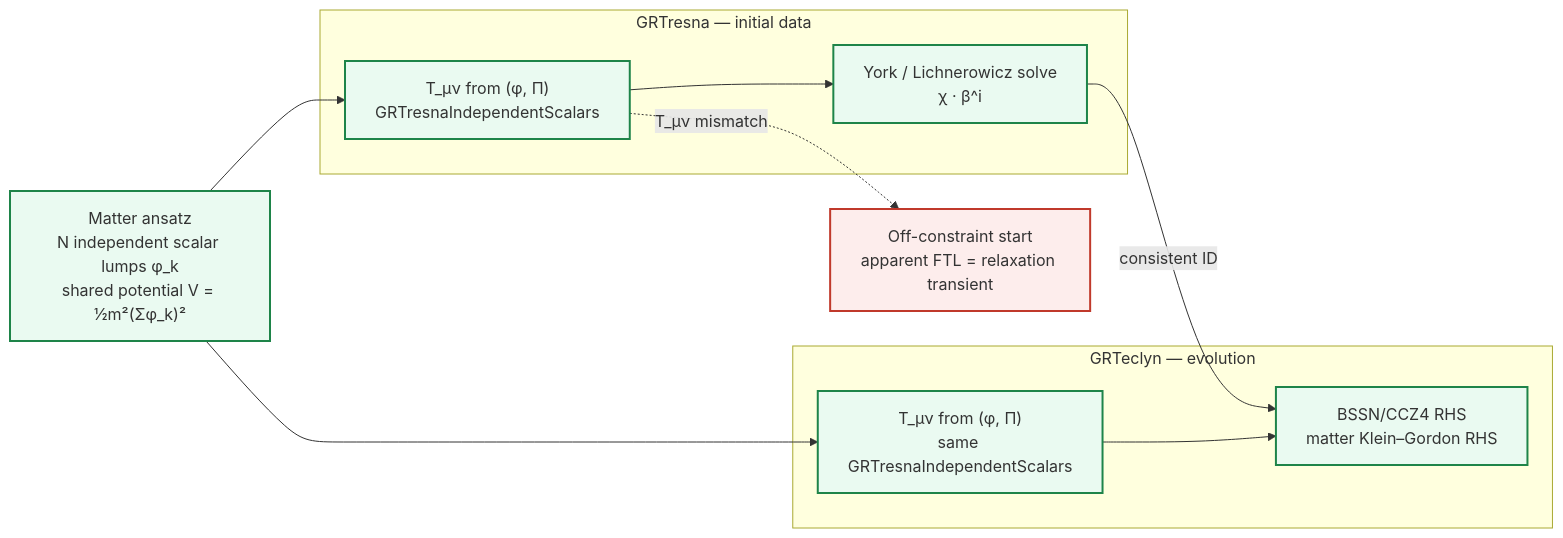
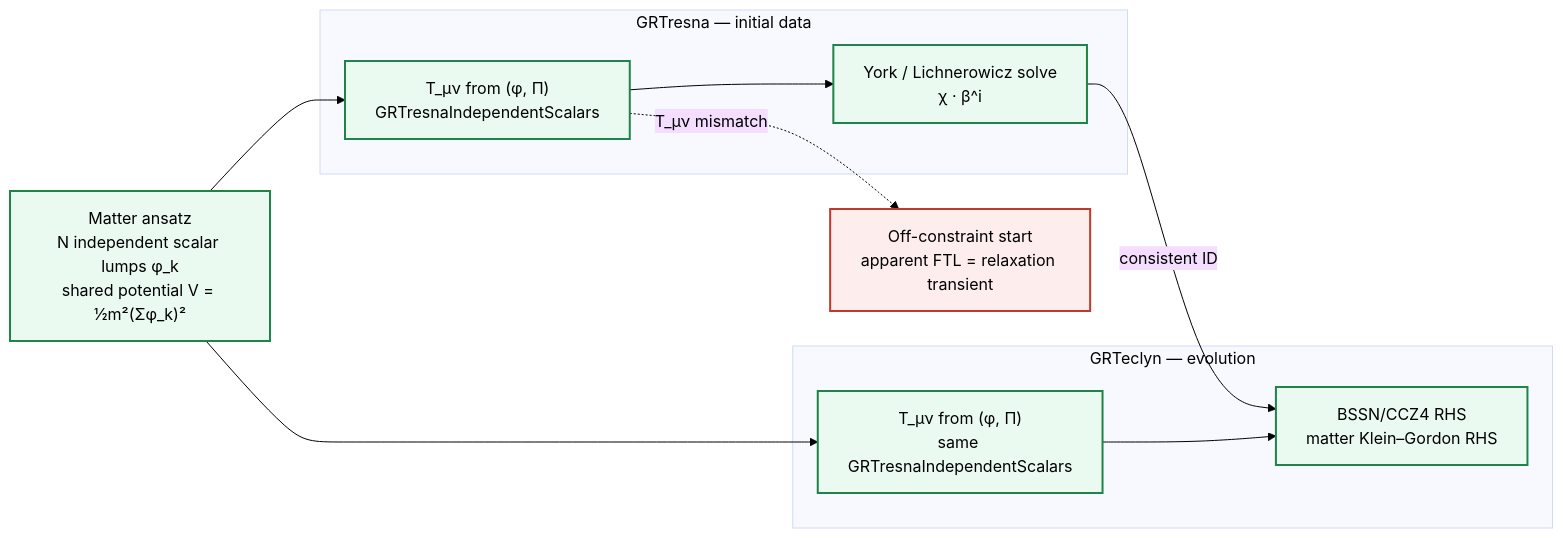
The sixth of 6 diagrams in research/neuralspacetime/MapElites.md (Nikchik-coder/GRTeclyn), drawn with Mermaid before and after one commit. The commit also changed other lines of this file, not shown here.

Commit message:
fix: diagrams

````diff
--- a/research/neuralspacetime/MapElites.md
+++ b/research/neuralspacetime/MapElites.md
@@ -288,26 +293,27 @@
 ```mermaid
+%%{init: {'theme':'base', 'themeVariables': {'primaryTextColor':'#000','secondaryTextColor':'#000','tertiaryTextColor':'#000','lineColor':'#000','actorTextColor':'#000','signalTextColor':'#000','noteTextColor':'#000','labelTextColor':'#000'}}}%%
 flowchart LR
     MATTER["Matter ansatz<br/>N independent scalar lumps φ_k<br/>shared potential V = ½m²(Σφ_k)²"]
 
     subgraph GRT["GRTresna — initial data"]
         T1["T_μν from (φ, Π)<br/>GRTresnaIndependentScalars"]
         SOLVE["York / Lichnerowicz solve<br/>χ · β^i"]
     end
 
     subgraph GTE["GRTeclyn — evolution"]
         T2["T_μν from (φ, Π)<br/>same GRTresnaIndependentScalars"]
         EVOLVE["BSSN/CCZ4 RHS<br/>matter Klein–Gordon RHS"]
     end
 
     MATTER --> T1 --> SOLVE
     SOLVE -->|"consistent ID"| EVOLVE
     MATTER --> T2 --> EVOLVE
 
     BAD["Off-constraint start<br/>apparent FTL = relaxation transient"]
     T1 -.->|"T_μν mismatch"| BAD
 
-    classDef good fill:#eafaf1,stroke:#1e8449,stroke-width:2px
-    classDef bad fill:#fdedec,stroke:#c0392b,stroke-width:2px
+    classDef good fill:#eafaf1,stroke:#1e8449,stroke-width:2px,color:#000
+    classDef bad fill:#fdedec,stroke:#c0392b,stroke-width:2px,color:#000
     class T1,T2,SOLVE,EVOLVE,MATTER good
     class BAD bad
 ```
````
